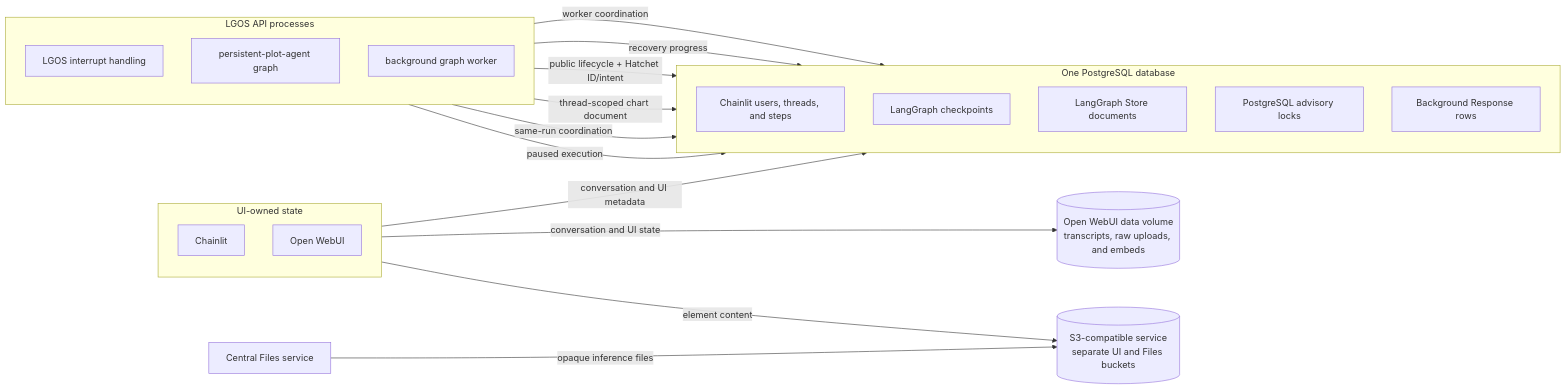
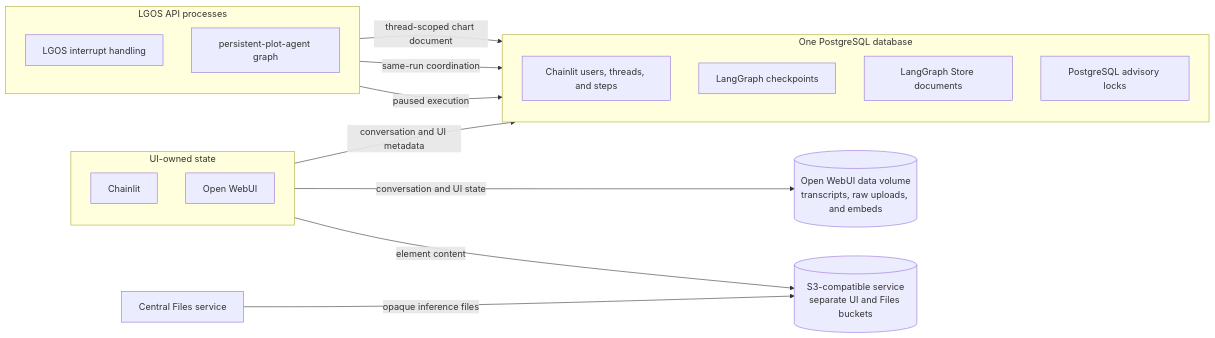
The second of 2 diagrams in docs/demo/architecture.md (ilkersigirci/langgraph-openai-serve), drawn with Mermaid before and after one commit. The commit also changed other lines of this file and 108 other files, not shown here.

First line of the commit message:
feat: background feature is hatchet native

````diff
--- a/docs/demo/architecture.md
+++ b/docs/demo/architecture.md
@@ -125,39 +121,34 @@
 ```mermaid
 flowchart LR
   subgraph clients["UI-owned state"]
     direction TB
     chainlit["Chainlit"]
     openwebui["Open WebUI"]
   end
 
   subgraph api["LGOS API processes"]
     direction TB
     interrupts["LGOS interrupt handling"]
     plot["persistent-plot-agent graph"]
-    background["background graph worker"]
   end
 
   subgraph postgres["One PostgreSQL database"]
     direction TB
     chainlit_rows["Chainlit users, threads, and steps"]
     checkpoints["LangGraph checkpoints"]
     store["LangGraph Store documents"]
     locks["PostgreSQL advisory locks"]
-    response_rows["Background Response rows"]
   end
 
   files_service["Central Files service"]
   s3[("S3-compatible service<br/>separate UI and Files buckets")]
   openwebui_data[("Open WebUI data volume<br/>transcripts, raw uploads, and embeds")]
 
   chainlit -->|"conversation and UI metadata"| chainlit_rows
   chainlit -->|"element content"| s3
   files_service -->|"opaque inference files"| s3
   openwebui -->|"conversation and UI state"| openwebui_data
   interrupts -->|"paused execution"| checkpoints
   interrupts -->|"same-run coordination"| locks
   plot -->|"thread-scoped chart document"| store
-  background -->|"public lifecycle + Hatchet ID/intent"| response_rows
-  background -->|"recovery progress"| checkpoints
-  background -->|"worker coordination"| locks
 ```
````
